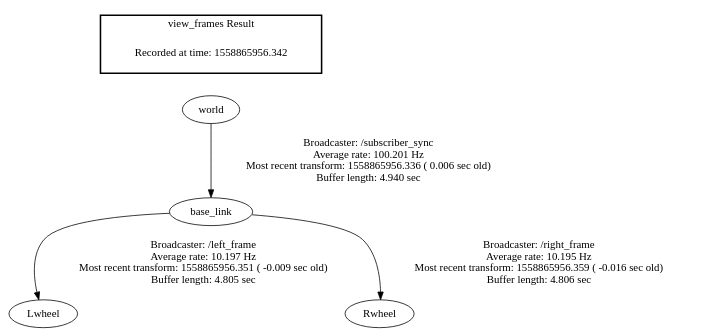
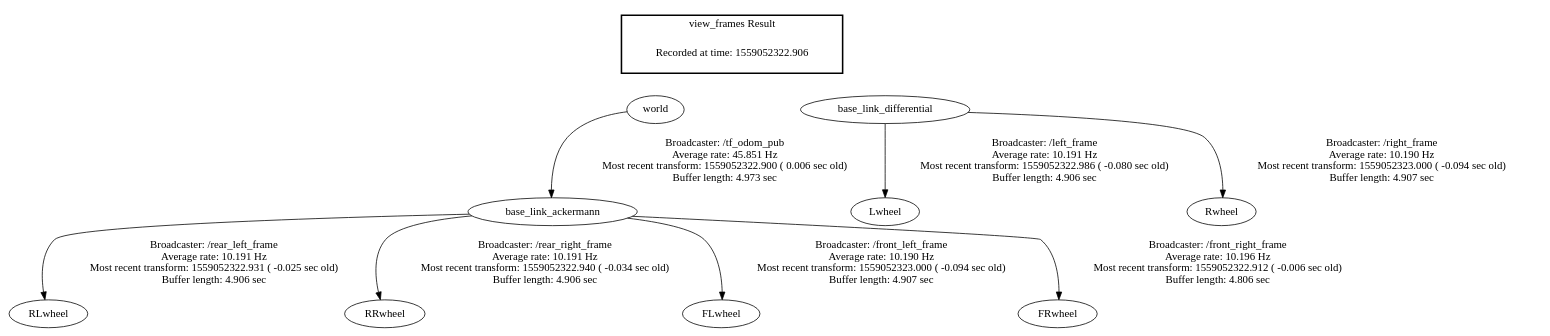
One commit to Vogs27/Robotics2018_19 changed the diagram in frames.gv. Above: the diagram before and after it, drawn with Graphviz. The commit also changed 1 other file, not shown here.

Commit message:
add tf frames tree

```diff
--- a/frames.gv
+++ b/frames.gv
@@ -1,9 +1,17 @@
 digraph G {
-"world" -> "base_link"[label="Broadcaster: /subscriber_sync\nAverage rate: 100.201 Hz\nMost recent transform: 1558865956.336 ( 0.006 sec old)\nBuffer length: 4.940 sec\n"];
-"base_link" -> "Lwheel"[label="Broadcaster: /left_frame\nAverage rate: 10.197 Hz\nMost recent transform: 1558865956.351 ( -0.009 sec old)\nBuffer length: 4.805 sec\n"];
-"base_link" -> "Rwheel"[label="Broadcaster: /right_frame\nAverage rate: 10.195 Hz\nMost recent transform: 1558865956.359 ( -0.016 sec old)\nBuffer length: 4.806 sec\n"];
+"base_link_ackermann" -> "RLwheel"[label="Broadcaster: /rear_left_frame\nAverage rate: 10.191 Hz\nMost recent transform: 1559052322.931 ( -0.025 sec old)\nBuffer length: 4.906 sec\n"];
+"world" -> "base_link_ackermann"[label="Broadcaster: /tf_odom_pub\nAverage rate: 45.851 Hz\nMost recent transform: 1559052322.900 ( 0.006 sec old)\nBuffer length: 4.973 sec\n"];
+"base_link_ackermann" -> "RRwheel"[label="Broadcaster: /rear_right_frame\nAverage rate: 10.191 Hz\nMost recent transform: 1559052322.940 ( -0.034 sec old)\nBuffer length: 4.906 sec\n"];
+"base_link_differential" -> "Lwheel"[label="Broadcaster: /left_frame\nAverage rate: 10.191 Hz\nMost recent transform: 1559052322.986 ( -0.080 sec old)\nBuffer length: 4.906 sec\n"];
+"base_link_ackermann" -> "FLwheel"[label="Broadcaster: /front_left_frame\nAverage rate: 10.190 Hz\nMost recent transform: 1559052323.000 ( -0.094 sec old)\nBuffer length: 4.907 sec\n"];
+"base_link_differential" -> "Rwheel"[label="Broadcaster: /right_frame\nAverage rate: 10.190 Hz\nMost recent transform: 1559052323.000 ( -0.094 sec old)\nBuffer length: 4.907 sec\n"];
+"base_link_ackermann" -> "FRwheel"[label="Broadcaster: /front_right_frame\nAverage rate: 10.196 Hz\nMost recent transform: 1559052322.912 ( -0.006 sec old)\nBuffer length: 4.806 sec\n"];
 edge [style=invis];
  subgraph cluster_legend { style=bold; color=black; label ="view_frames Result";
-"Recorded at time: 1558865956.342"[ shape=plaintext ] ;
+"Recorded at time: 1559052322.906"[ shape=plaintext ] ;
  }->"world";
+edge [style=invis];
+ subgraph cluster_legend { style=bold; color=black; label ="view_frames Result";
+"Recorded at time: 1559052322.906"[ shape=plaintext ] ;
+ }->"base_link_differential";
 }
```
